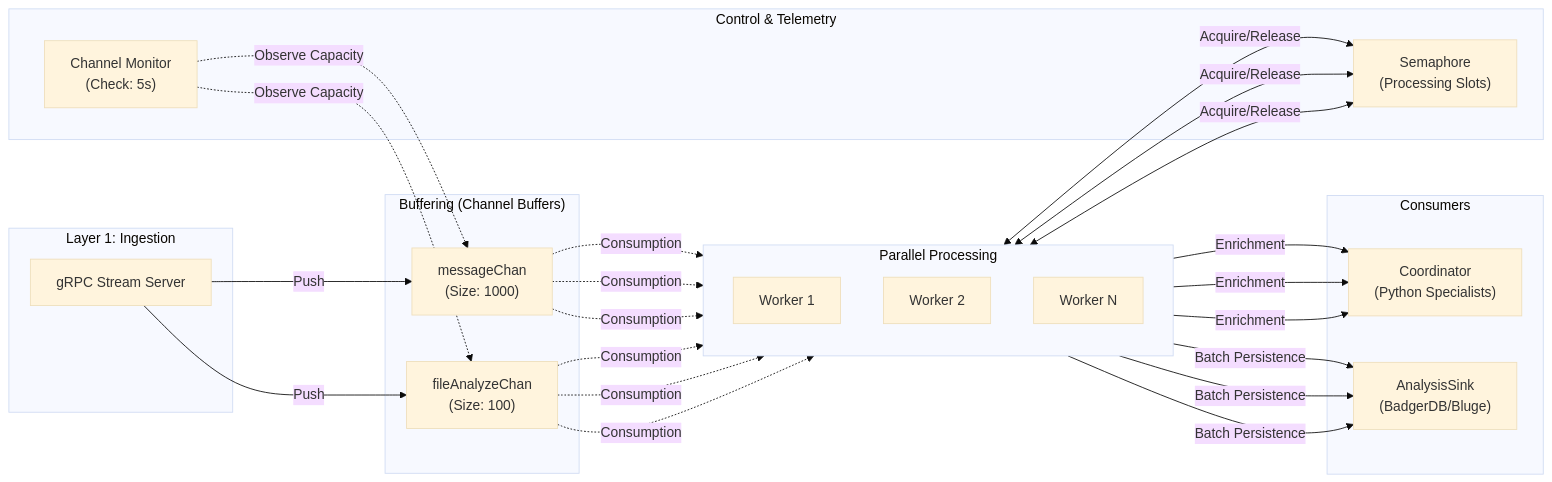
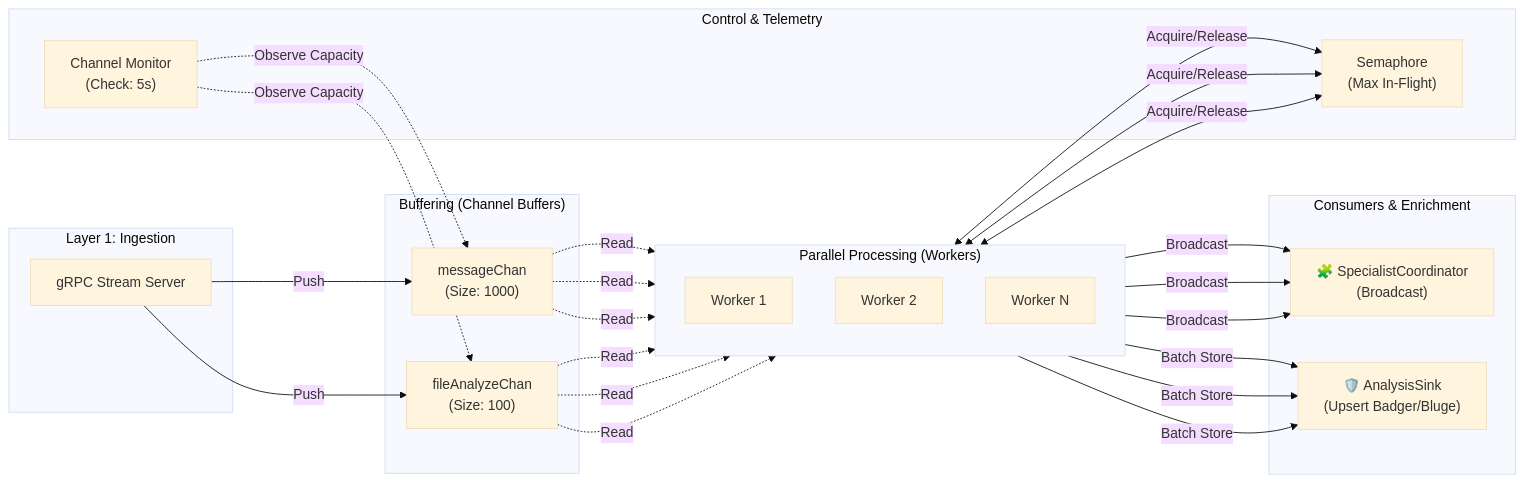
Before and after one commit to mama165/chat-lab: the diagram in docs/PERFORMANCE.md, drawn with Mermaid (base theme). The commit also changed 10 other files, not shown here.

`````diff
--- a/docs/PERFORMANCE.md
+++ b/docs/PERFORMANCE.md
@@ -1,42 +1,42 @@
 ```mermaid
 graph LR
     subgraph Ingestion_Layer ["Layer 1: Ingestion"]
         GRPC[gRPC Stream Server]
     end
 
     subgraph Dispatch_Buffer ["Buffering (Channel Buffers)"]
         MsgChan["messageChan<br/>(Size: 1000)"]
         FileChan["fileAnalyzeChan<br/>(Size: 100)"]
     end
 
-    subgraph Worker_Pool ["Parallel Processing"]
+    subgraph Worker_Pool ["Parallel Processing (Workers)"]
         direction TB
         W1[Worker 1]
         W2[Worker 2]
         WN[Worker N]
     end
 
     subgraph Safety_Mechanisms ["Control & Telemetry"]
         Monitor["Channel Monitor<br/>(Check: 5s)"]
-        Sema["Semaphore<br/>(Processing Slots)"]
+        Sema["Semaphore<br/>(Max In-Flight)"]
     end
 
-    subgraph Downstream ["Consumers"]
-        Coord["Coordinator<br/>(Python Specialists)"]
-        Sink["AnalysisSink<br/>(BadgerDB/Bluge)"]
+    subgraph Downstream ["Consumers & Enrichment"]
+        Coord["🧩 SpecialistCoordinator<br/>(Broadcast)"]
+        Sink["🛡️ AnalysisSink<br/>(Upsert Badger/Bluge)"]
     end
 
 %% Flows
     GRPC -->|Push| MsgChan
     GRPC -->|Push| FileChan
 
-    MsgChan -.->|Consumption| W1 & W2 & WN
-    FileChan -.->|Consumption| W1 & W2 & WN
+    MsgChan -.->|Read| W1 & W2 & WN
+    FileChan -.->|Read| W1 & W2 & WN
 
     W1 & W2 & WN <-->|Acquire/Release| Sema
-    W1 & W2 & WN -->|Enrichment| Coord
-    W1 & W2 & WN -->|Batch Persistence| Sink
+    W1 & W2 & WN -->|Broadcast| Coord
+    W1 & W2 & WN -->|Batch Store| Sink
 
     Monitor -.->|Observe Capacity| MsgChan
     Monitor -.->|Observe Capacity| FileChan
 ````
`````
